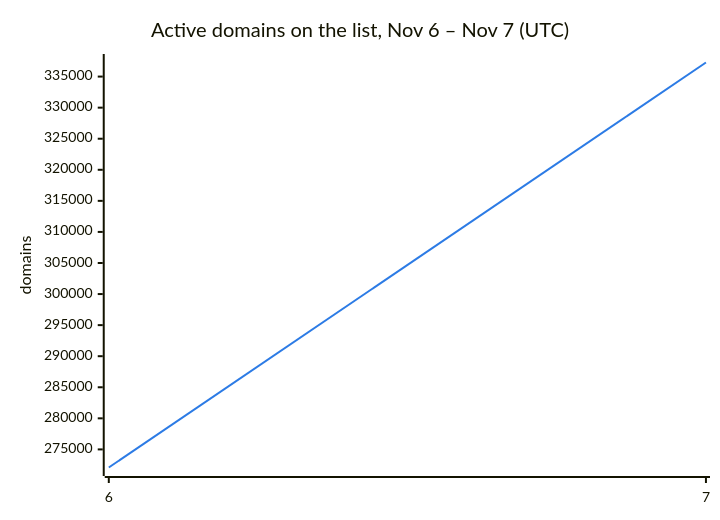
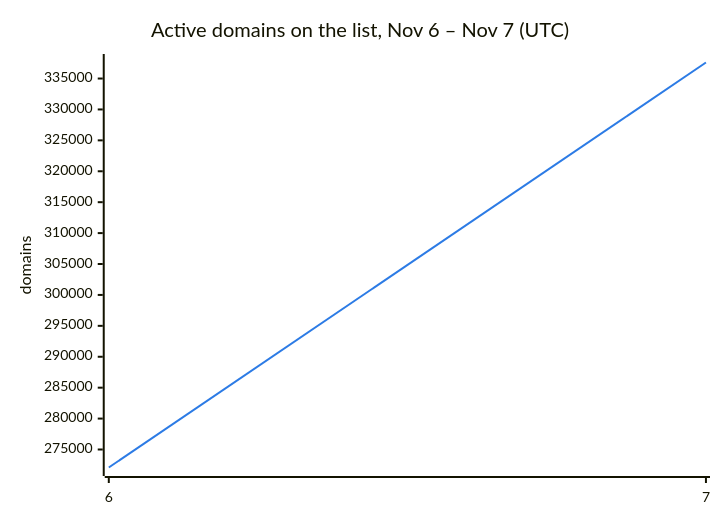
Before and after one commit to DNSBunker/CTI: the second of 3 diagrams in README.md, drawn with Mermaid. The commit also changed other lines of this file and 3 other files, not shown here.

````diff
--- a/README.md
+++ b/README.md
@@ -38,8 +38,8 @@
 ```mermaid
 %%{init: {"themeVariables": {"xyChart": {"plotColorPalette": "#2c7be5"}}}}%%
 xychart-beta
     title "Active domains on the list, Nov 6 – Nov 7 (UTC)"
     x-axis ["6", "7"]
     y-axis "domains"
-    line [272088, 337266]
+    line [272088, 337593]
 ```
````
